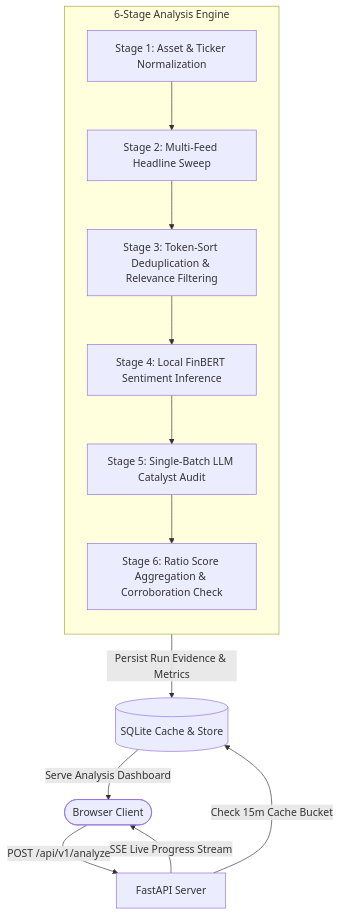
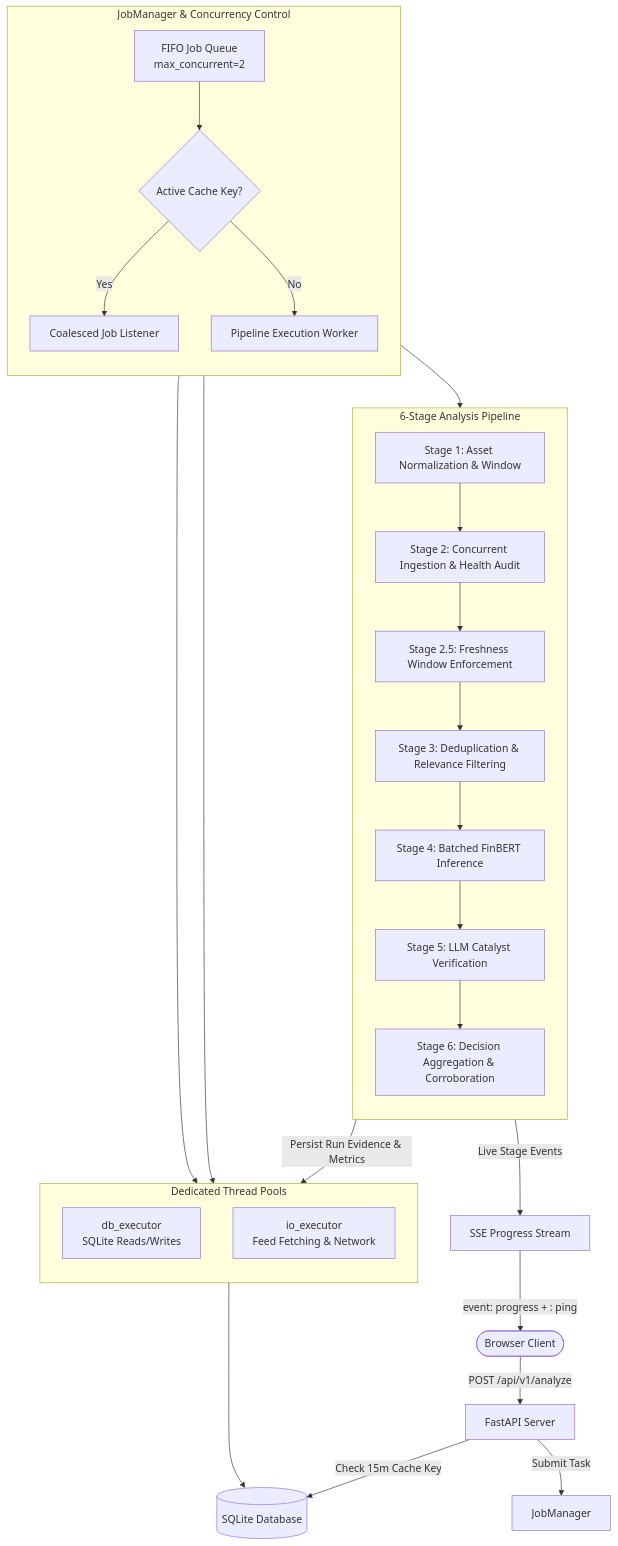
The diagram in README.md (elem160/Market-Sentiment-2), drawn with Mermaid before and after one commit. The commit also changed other lines of this file and 5 other files, not shown here.

````diff
--- a/README.md
+++ b/README.md
@@ -46,18 +53,38 @@
 ```mermaid
 flowchart TD
     User([Browser Client]) -->|POST /api/v1/analyze| API[FastAPI Server]
-    API -->|Check 15m Cache Bucket| Cache[(SQLite Cache & Store)]
+    API -->|Check 15m Cache Key| Cache[(SQLite Database)]
     
-    subgraph Engine [6-Stage Analysis Engine]
+    API -->|Submit Task| JM[JobManager]
+    subgraph JobManager [JobManager & Concurrency Control]
         direction TB
-        S1[Stage 1: Asset & Ticker Normalization] --> S2[Stage 2: Multi-Feed Headline Sweep]
-        S2 --> S3[Stage 3: Token-Sort Deduplication & Relevance Filtering]
-        S3 --> S4[Stage 4: Local FinBERT Sentiment Inference]
-        S4 --> S5[Stage 5: Single-Batch LLM Catalyst Audit]
-        S5 --> S6[Stage 6: Ratio Score Aggregation & Corroboration Check]
+        Q[FIFO Job Queue<br/>max_concurrent=2] --> Coalesce{Active Cache Key?}
+        Coalesce -->|Yes| Attach[Coalesced Job Listener]
+        Coalesce -->|No| Worker[Pipeline Execution Worker]
     end
 
-    API -->|SSE Live Progress Stream| User
-    Engine -->|Persist Run Evidence & Metrics| Cache
-    Cache -->|Serve Analysis Dashboard| User
+    subgraph ThreadPools [Dedicated Thread Pools]
+        direction TB
+        DB_Pool[db_executor<br/>SQLite Reads/Writes]
+        IO_Pool[io_executor<br/>Feed Fetching & Network]
+    end
+
+    Worker --> DB_Pool
+    Worker --> IO_Pool
+
+    subgraph Engine [6-Stage Analysis Pipeline]
+        direction TB
+        S1[Stage 1: Asset Normalization & Window] --> S2[Stage 2: Concurrent Ingestion & Health Audit]
+        S2 --> S3[Stage 2.5: Freshness Window Enforcement]
+        S3 --> S4[Stage 3: Deduplication & Relevance Filtering]
+        S4 --> S5[Stage 4: Batched FinBERT Inference]
+        S5 --> S6[Stage 5: LLM Catalyst Verification]
+        S6 --> S7[Stage 6: Decision Aggregation & Corroboration]
+    end
+
+    Worker --> Engine
+    Engine -->|Live Stage Events| SSE[SSE Progress Stream]
+    SSE -->|event: progress + : ping| User
+    Engine -->|Persist Run Evidence & Metrics| DB_Pool
+    DB_Pool --> Cache
 ```
````
